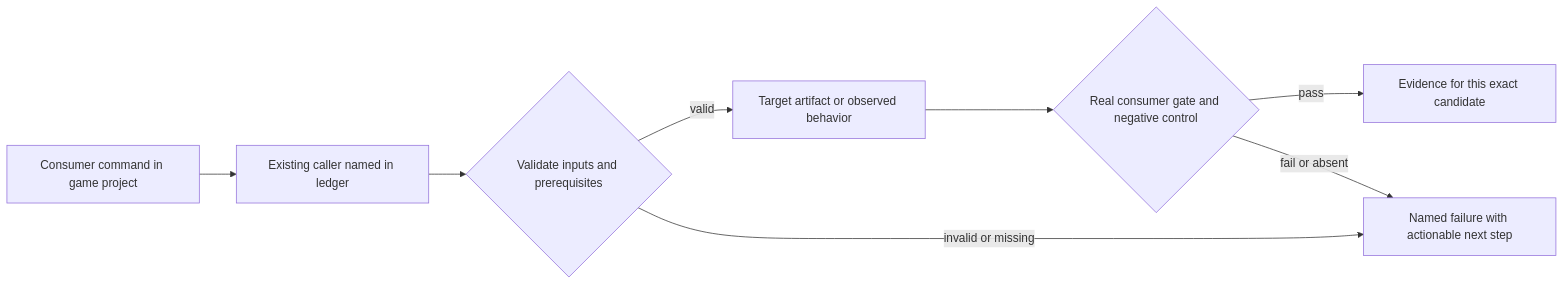
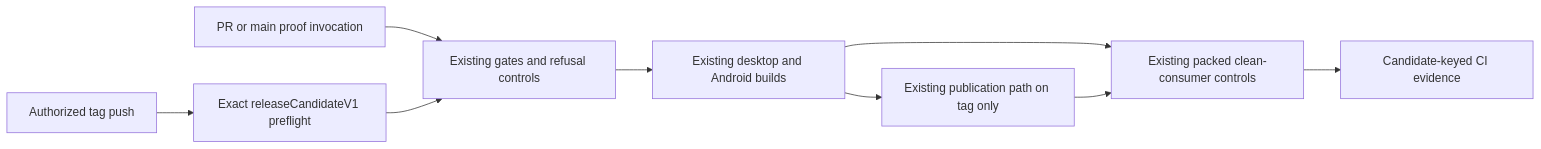
The first of 2 diagrams in docs/PRDs/production-readiness/PRD-078-toolchain-free-consumer-proof.md (ThreeNativeHQ/threenative), drawn with Mermaid before and after one commit. The commit also changed other lines of this file and 7 other files, not shown here.

````diff
--- a/docs/PRDs/production-readiness/PRD-078-toolchain-free-consumer-proof.md
+++ b/docs/PRDs/production-readiness/PRD-078-toolchain-free-consumer-proof.md
@@ -32,10 +37,11 @@
 ```mermaid
 flowchart LR
-    U[Consumer command in game project] --> C[Existing caller named in ledger]
-    C --> V{Validate inputs and prerequisites}
-    V -->|valid| A[Target artifact or observed behavior]
-    V -->|invalid or missing| E[Named failure with actionable next step]
-    A --> G{Real consumer gate and negative control}
-    G -->|pass| P[Evidence for this exact candidate]
-    G -->|fail or absent| E
+    P[PR or main proof invocation] --> G[Existing gates and refusal controls]
+    G --> B[Existing desktop and Android builds]
+    B --> C[Existing packed clean-consumer controls]
+    C --> E[Candidate-keyed CI evidence]
+    T[Authorized tag push] --> V[Exact releaseCandidateV1 preflight]
+    V --> G
+    B --> R[Existing publication path on tag only]
+    R --> C
 ```
````
